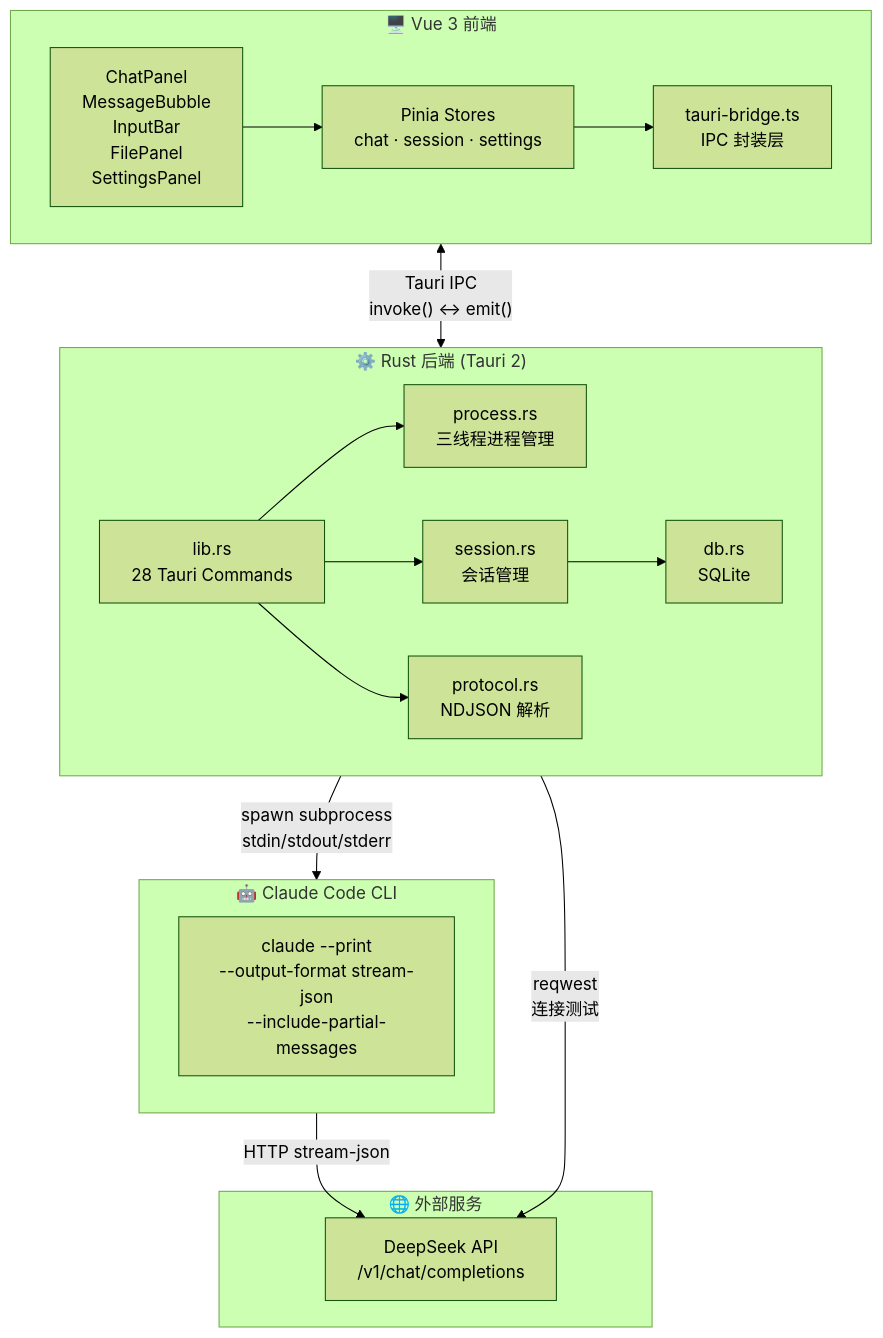
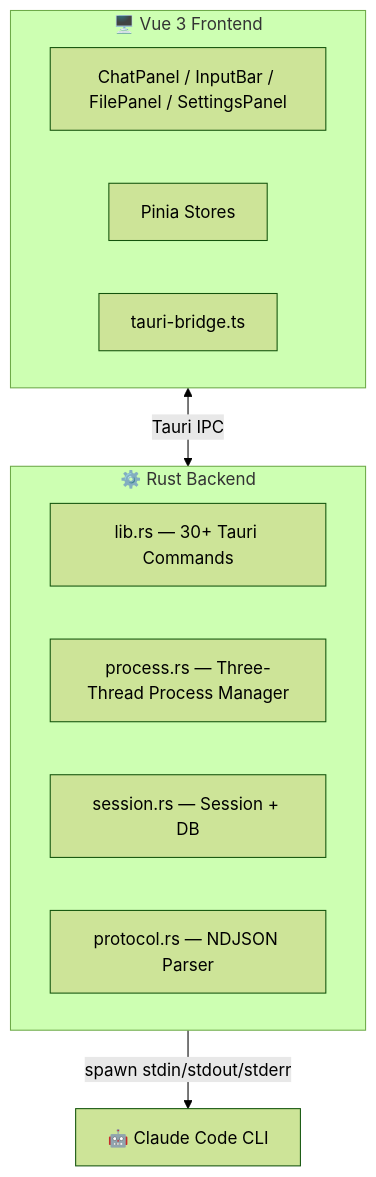
Before and after one commit to Max-Null/super-bazooka: the diagram in README.md, drawn with Mermaid (forest theme). The commit also changed other lines of this file and 15 other files, not shown here.

````diff
--- a/README.md
+++ b/README.md
@@ -11,36 +136,20 @@
 ```mermaid
 flowchart TB
-    subgraph FRONTEND["🖥️ Vue 3 前端"]
-        direction LR
-        UI["ChatPanel<br/>MessageBubble<br/>InputBar<br/>FilePanel<br/>SettingsPanel"]
-        STORES["Pinia Stores<br/>chat · session · settings"]
-        BRIDGE["tauri-bridge.ts<br/>IPC 封装层"]
-        UI --> STORES --> BRIDGE
+    subgraph FRONTEND["🖥️ Vue 3 Frontend"]
+        UI["ChatPanel / InputBar / FilePanel / SettingsPanel"]
+        STORES["Pinia Stores"]
+        BRIDGE["tauri-bridge.ts"]
     end
 
-    subgraph RUST["⚙️ Rust 后端 (Tauri 2)"]
-        direction LR
-        CMDS["lib.rs<br/>28 Tauri Commands"]
-        PROCESS["process.rs<br/>三线程进程管理"]
-        SESSION["session.rs<br/>会话管理"]
-        DB["db.rs<br/>SQLite"]
-        PROTOCOL["protocol.rs<br/>NDJSON 解析"]
-        CMDS --> PROCESS
-        CMDS --> SESSION
-        CMDS --> PROTOCOL
-        SESSION --> DB
+    subgraph RUST["⚙️ Rust Backend"]
+        CMDS["lib.rs — 30+ Tauri Commands"]
+        PROCESS["process.rs — Three-Thread Process Manager"]
+        SESSION["session.rs — Session + DB"]
+        PROTOCOL["protocol.rs — NDJSON Parser"]
     end
 
-    subgraph CLI["🤖 Claude Code CLI"]
-        CLAUDE["claude --print<br/>--output-format stream-json<br/>--include-partial-messages"]
-    end
+    CLI["🤖 Claude Code CLI"]
 
-    subgraph EXTERNAL["🌐 外部服务"]
-        API["DeepSeek API<br/>/v1/chat/completions"]
-    end
-
-    FRONTEND <-->|"Tauri IPC<br/>invoke() ↔ emit()"| RUST
-    PROCESS -->|"spawn subprocess<br/>stdin/stdout/stderr"| CLI
-    CLI -->|"HTTP stream-json"| API
-    SESSION -->|"reqwest<br/>连接测试"| API
+    FRONTEND <-->|Tauri IPC| RUST
+    RUST -->|spawn stdin/stdout/stderr| CLI
 ```
````
